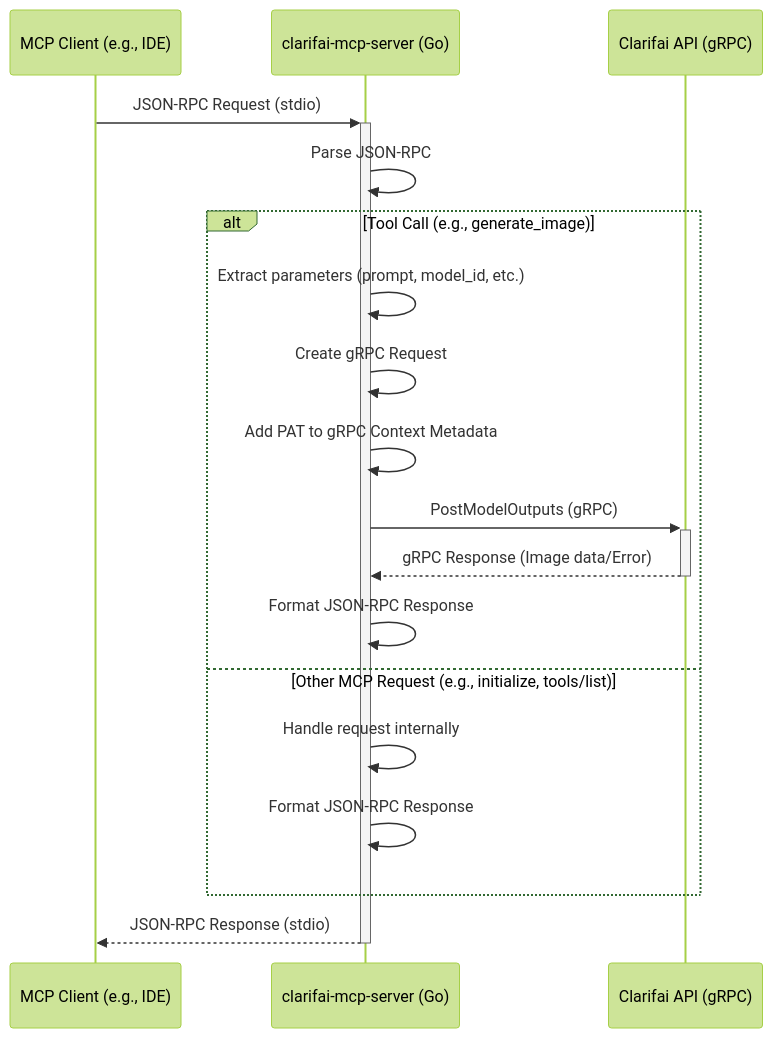
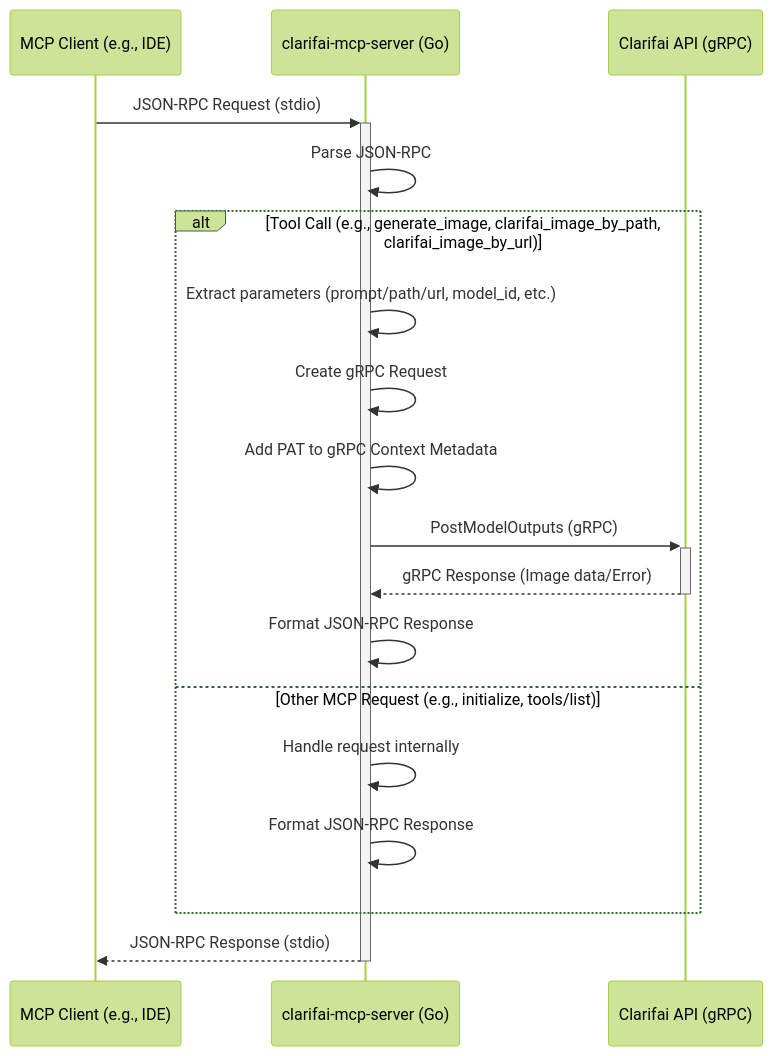
One commit to tot-ra/clarifai-mcp-server-local changed the diagram in README.md. Above: the diagram before and after it, drawn with Mermaid (forest theme). The commit also changed other lines of this file and 3 other files, not shown here.

````diff
--- a/README.md
+++ b/README.md
@@ -153,22 +156,22 @@
 ```mermaid
 sequenceDiagram
     participant Client as MCP Client (e.g., IDE)
     participant Server as clarifai-mcp-server (Go)
     participant Clarifai as Clarifai API (gRPC)
 
     Client->>+Server: JSON-RPC Request (stdio)
     Server->>Server: Parse JSON-RPC
-    alt Tool Call (e.g., generate_image)
-        Server->>Server: Extract parameters (prompt, model_id, etc.)
+    alt Tool Call (e.g., generate_image, clarifai_image_by_path, clarifai_image_by_url)
+        Server->>Server: Extract parameters (prompt/path/url, model_id, etc.)
         Server->>Server: Create gRPC Request
         Server->>Server: Add PAT to gRPC Context Metadata
         Server->>+Clarifai: PostModelOutputs (gRPC)
         Clarifai-->>-Server: gRPC Response (Image data/Error)
         Server->>Server: Format JSON-RPC Response
     else Other MCP Request (e.g., initialize, tools/list)
         Server->>Server: Handle request internally
         Server->>Server: Format JSON-RPC Response
     end
     Server-->>-Client: JSON-RPC Response (stdio)
 
 ```
````
